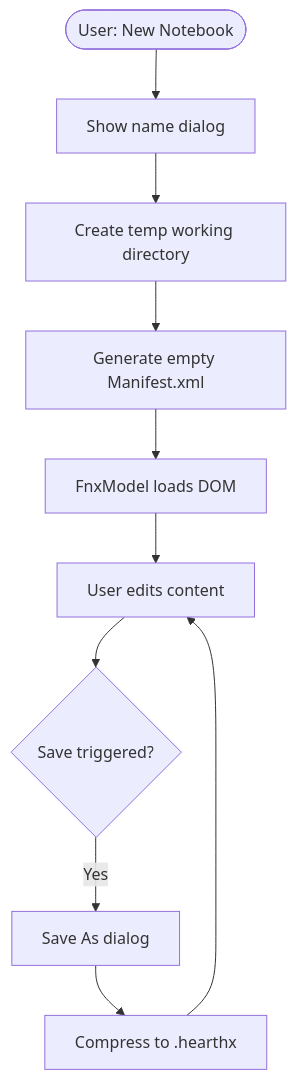
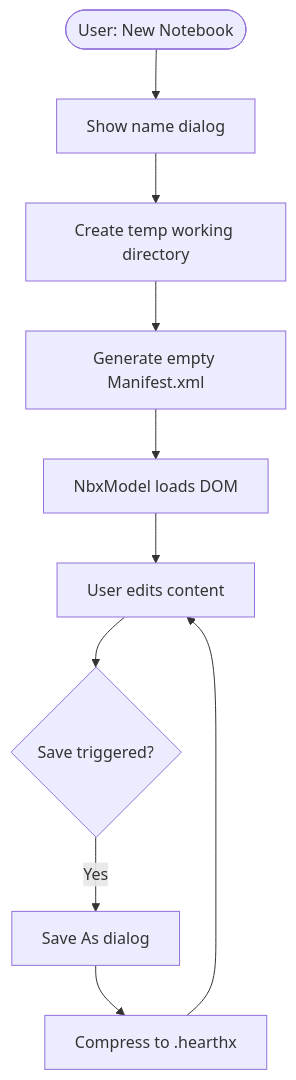
One commit to fairybow/Fernanda changed the first of 3 diagrams in Hearth/docs/Notebooks.md. Above: the diagram before and after it, drawn with Mermaid. The commit also changed other lines of this file and 7 other files, not shown here.

````diff
--- a/Hearth/docs/Notebooks.md
+++ b/Hearth/docs/Notebooks.md
@@ -330,12 +330,12 @@
 ```mermaid
 flowchart TD
     Start([User: New Notebook]) --> NamePrompt[Show name dialog]
     NamePrompt --> CreateTemp[Create temp working directory]
     CreateTemp --> GenXML[Generate empty Manifest.xml]
-    GenXML --> LoadModel[FnxModel loads DOM]
+    GenXML --> LoadModel[NbxModel loads DOM]
     LoadModel --> Work[User edits content]
     Work --> Save{Save triggered?}
     Save -->|Yes| SaveAs[Save As dialog]
     SaveAs --> Compress[Compress to .hearthx]
     Compress --> Work
 ```
````
